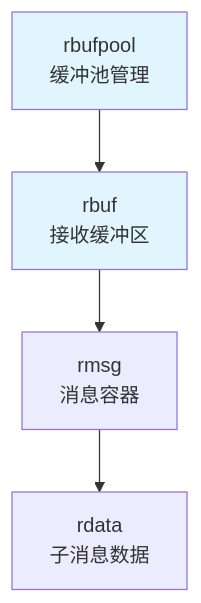
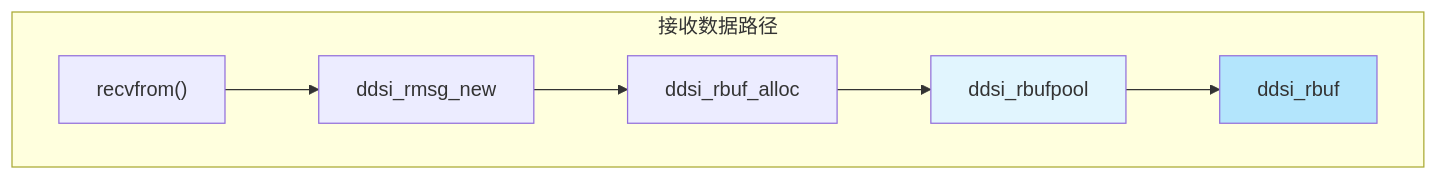
Before and after one commit to Learner-Geek-Perfectionist/Cyclone-DDS-Study: the first of 3 diagrams in study/rbuf-memory-model/01-rbufpool-rbuf.md, drawn with Mermaid. The commit also changed other lines of this file and 1514 other files, not shown here.

````diff
--- a/study/rbuf-memory-model/01-rbufpool-rbuf.md
+++ b/study/rbuf-memory-model/01-rbufpool-rbuf.md
@@ -17,8 +12,12 @@
 ```mermaid
 graph TD
-    A["rbufpool<br/>缓冲池管理"] --> B["rbuf<br/>接收缓冲区"]
-    B --> C["rmsg<br/>消息容器"]
-    C --> D["rdata<br/>子消息数据"]
-    style A fill:#e1f5fe
-    style B fill:#e1f5fe
+    subgraph "接收数据路径"
+        Recv["recvfrom()"] --> RMsg["ddsi_rmsg_new"]
+        RMsg --> Alloc["ddsi_rbuf_alloc"]
+        Alloc --> Pool["ddsi_rbufpool"]
+        Pool --> Buf["ddsi_rbuf"]
+    end
+
+    style Pool fill:#e1f5fe
+    style Buf fill:#b3e5fc
 ```
````
